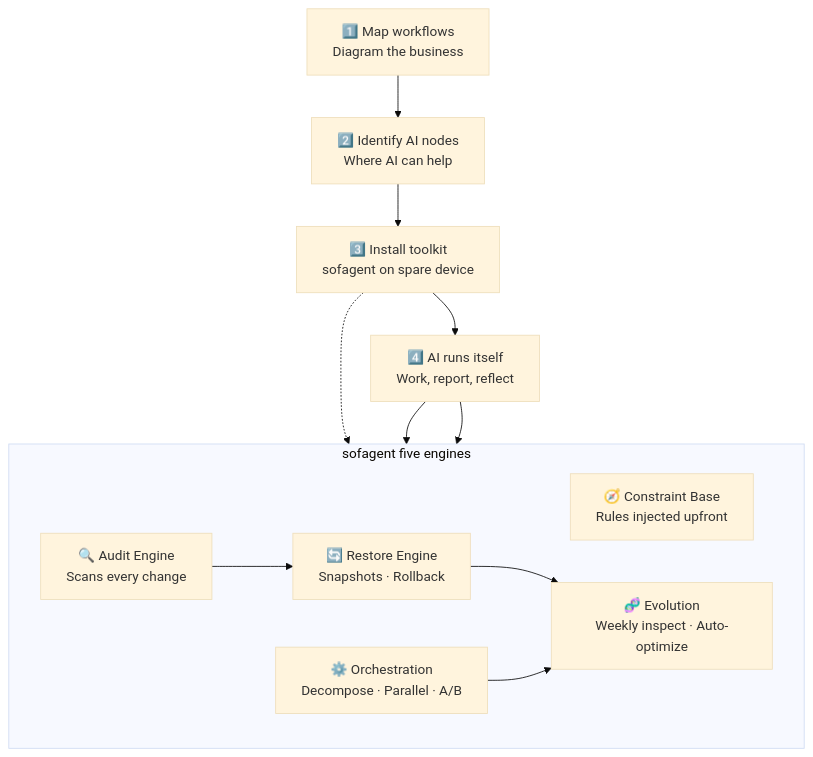
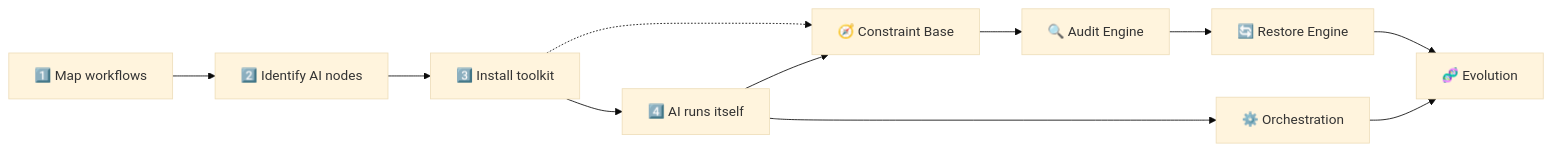
Before and after one commit to KongFangXun/sofagent: the first of 5 diagrams in README.en.md, drawn with Mermaid (base theme). The commit also changed 1 other file, not shown here.

Commit message:
docs: FDE Mermaid横向布局 — TB→LR 节省纵向空间

````diff
--- a/README.en.md
+++ b/README.en.md
@@ -87,22 +87,14 @@
 ```mermaid
-graph TB
-    A["1️⃣ Map workflows<br/>Diagram the business"] --> B["2️⃣ Identify AI nodes<br/>Where AI can help"]
-    B --> C["3️⃣ Install toolkit<br/>sofagent on spare device"]
-    C --> D["4️⃣ AI runs itself<br/>Work, report, reflect"]
+graph LR
+    A["1️⃣ Map workflows"] --> B["2️⃣ Identify AI nodes"]
+    B --> C["3️⃣ Install toolkit"]
+    C --> D["4️⃣ AI runs itself"]
 
-    subgraph engines["sofagent five engines"]
-        direction LR
-        E["🧭 Constraint Base<br/>Rules injected upfront"]
-        F["🔍 Audit Engine<br/>Scans every change"]
-        G["🔄 Restore Engine<br/>Snapshots · Rollback"]
-        H["⚙️ Orchestration<br/>Decompose · Parallel · A/B"]
-        I["🧬 Evolution<br/>Weekly inspect · Auto-optimize"]
-    end
-
-    C -.-> E
-    D --> F
-    F --> G
-    D --> H
-    G --> I
+    C -.-> E["🧭 Constraint Base"]
+    D --> E
+    E --> F["🔍 Audit Engine"]
+    F --> G["🔄 Restore Engine"]
+    D --> H["⚙️ Orchestration"]
+    G --> I["🧬 Evolution"]
     H --> I
 ```
````
